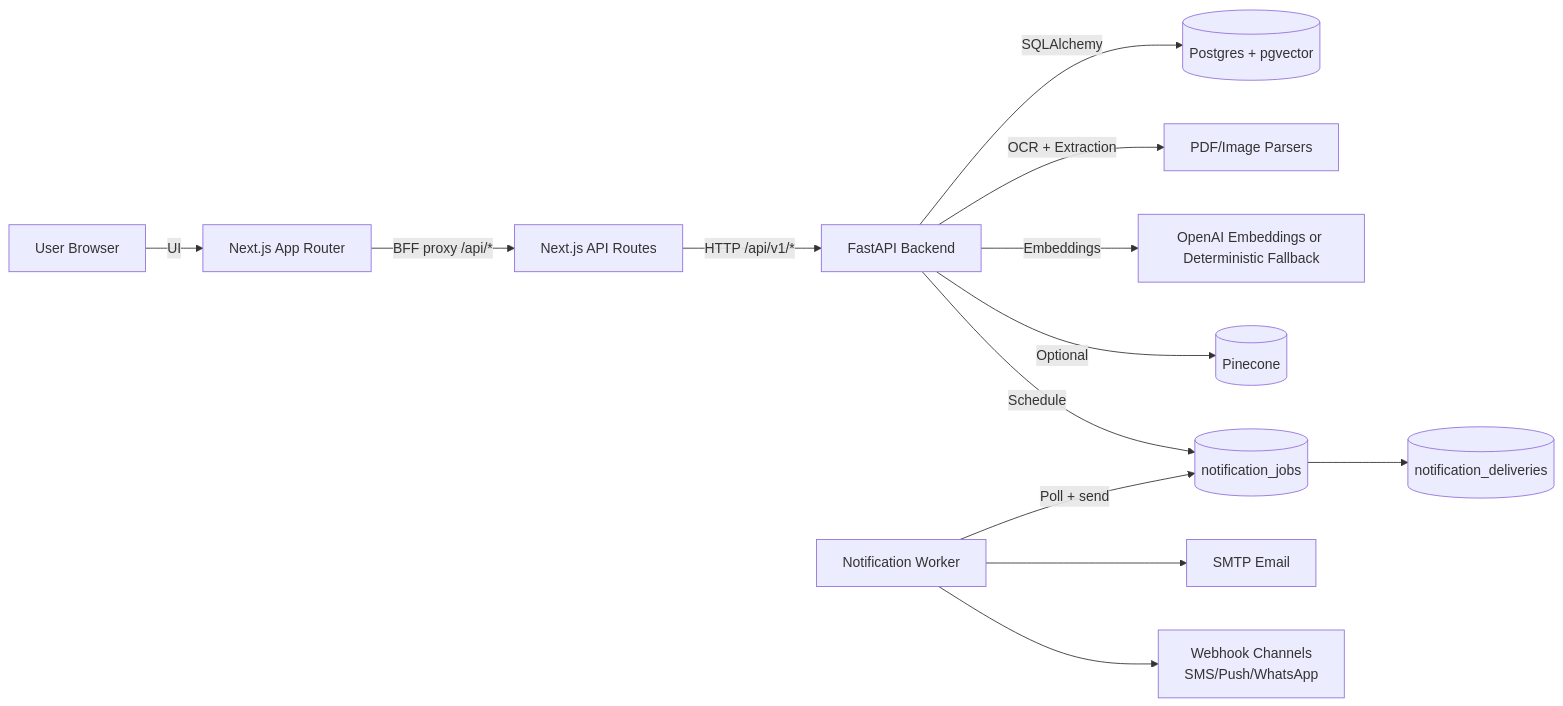
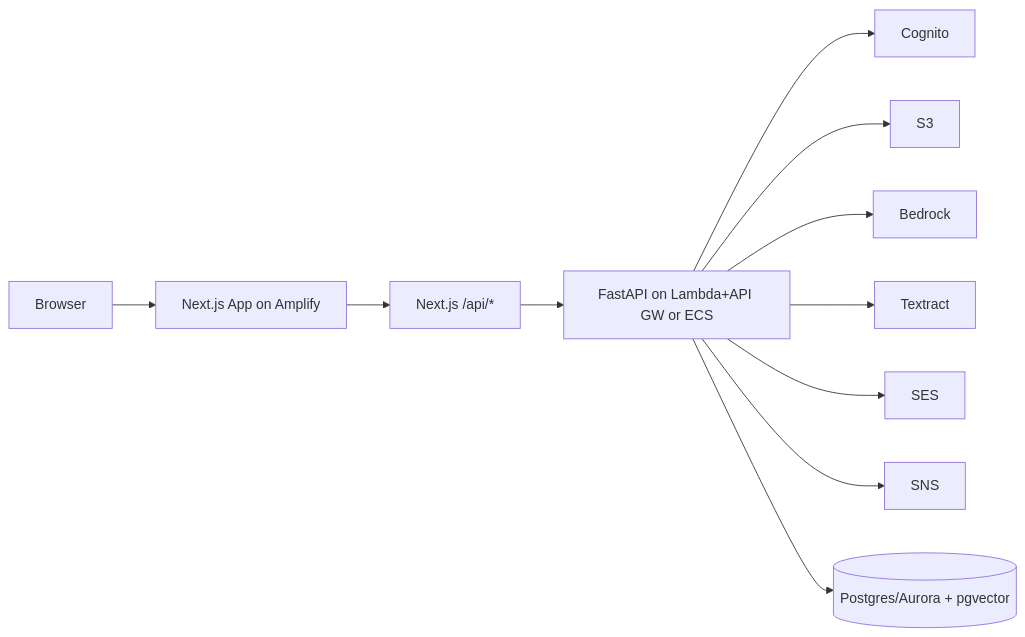
One commit to anshuraj5679/miniproject changed the diagram in README.md. Above: the diagram before and after it, drawn with Mermaid. The commit also changed other lines of this file and 136 other files, not shown here.

Commit message:
Implement AWS OCR pipeline, Bedrock features, and UI redesign

````diff
--- a/README.md
+++ b/README.md
@@ -12,17 +24,14 @@
 ```mermaid
 flowchart LR
-  U[User Browser] -->|UI| FE[Next.js App Router]
-  FE -->|BFF proxy /api/*| BFF[Next.js API Routes]
-  BFF -->|HTTP /api/v1/*| API[FastAPI Backend]
+  U[Browser] --> FE[Next.js App on Amplify]
+  FE --> BFF[Next.js /api/*]
+  BFF --> API[FastAPI on Lambda+API GW or ECS]
 
-  API -->|SQLAlchemy| DB[(Postgres + pgvector)]
-  API -->|OCR + Extraction| OCR[PDF/Image Parsers]
-  API -->|Embeddings| EMB[OpenAI Embeddings or Deterministic Fallback]
-  API -->|Optional| PC[(Pinecone)]
-
-  API -->|Schedule| NJ[(notification_jobs)]
-  W[Notification Worker] -->|Poll + send| NJ
-  W --> SMTP[SMTP Email]
-  W --> WH[Webhook Channels\nSMS/Push/WhatsApp]
-  NJ --> ND[(notification_deliveries)]
+  API --> COG[Cognito]
+  API --> S3[S3]
+  API --> BR[Bedrock]
+  API --> TXT[Textract]
+  API --> SES[SES]
+  API --> SNS[SNS]
+  API --> DB[(Postgres/Aurora + pgvector)]
 ```
````
